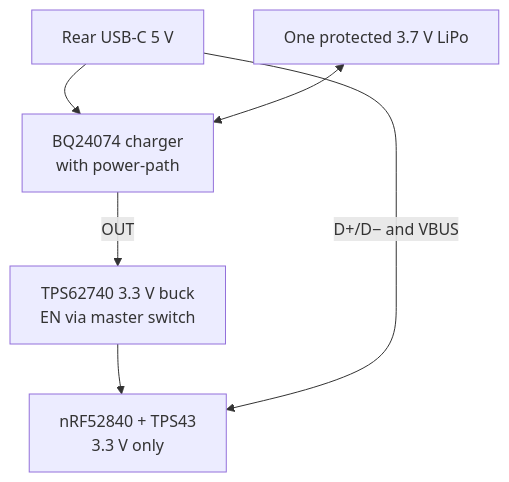
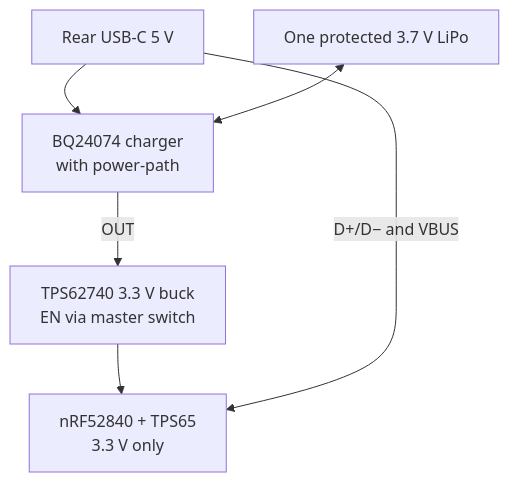
Before and after one commit to bhadkamkar9snehil/Sofpad: the second of 2 diagrams in hardware/r3/ARCHITECTURE.md, drawn with Mermaid. The commit also changed other lines of this file and 26 other files, not shown here.

````diff
--- a/hardware/r3/ARCHITECTURE.md
+++ b/hardware/r3/ARCHITECTURE.md
@@ -113,8 +113,8 @@
 ```mermaid
 flowchart TB
   USB["Rear USB-C 5 V"] --> CHG["BQ24074 charger\nwith power-path"]
   CELL["One protected 3.7 V LiPo"] <--> CHG
   CHG -->|"OUT"| BUCK["TPS62740 3.3 V buck\nEN via master switch"]
-  BUCK --> MCU["nRF52840 + TPS43\n3.3 V only"]
+  BUCK --> MCU["nRF52840 + TPS65\n3.3 V only"]
   USB -->|"D+/D− and VBUS"| MCU
 ```
````
